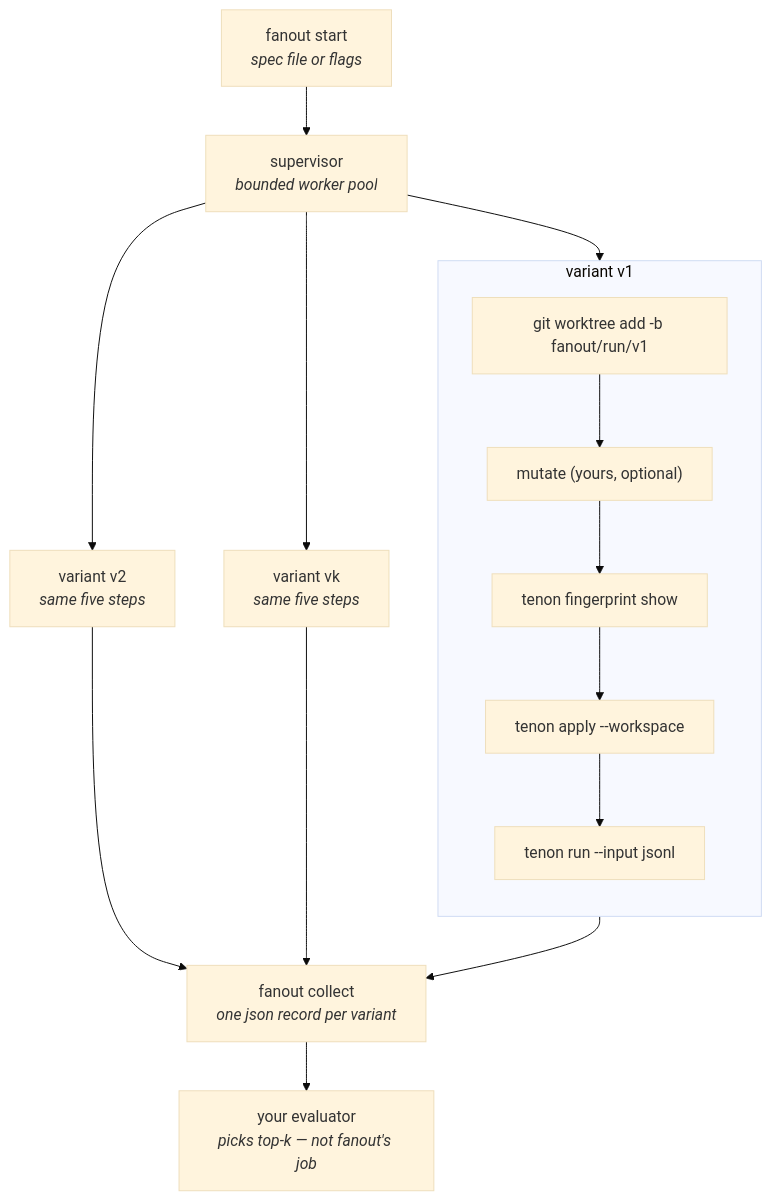
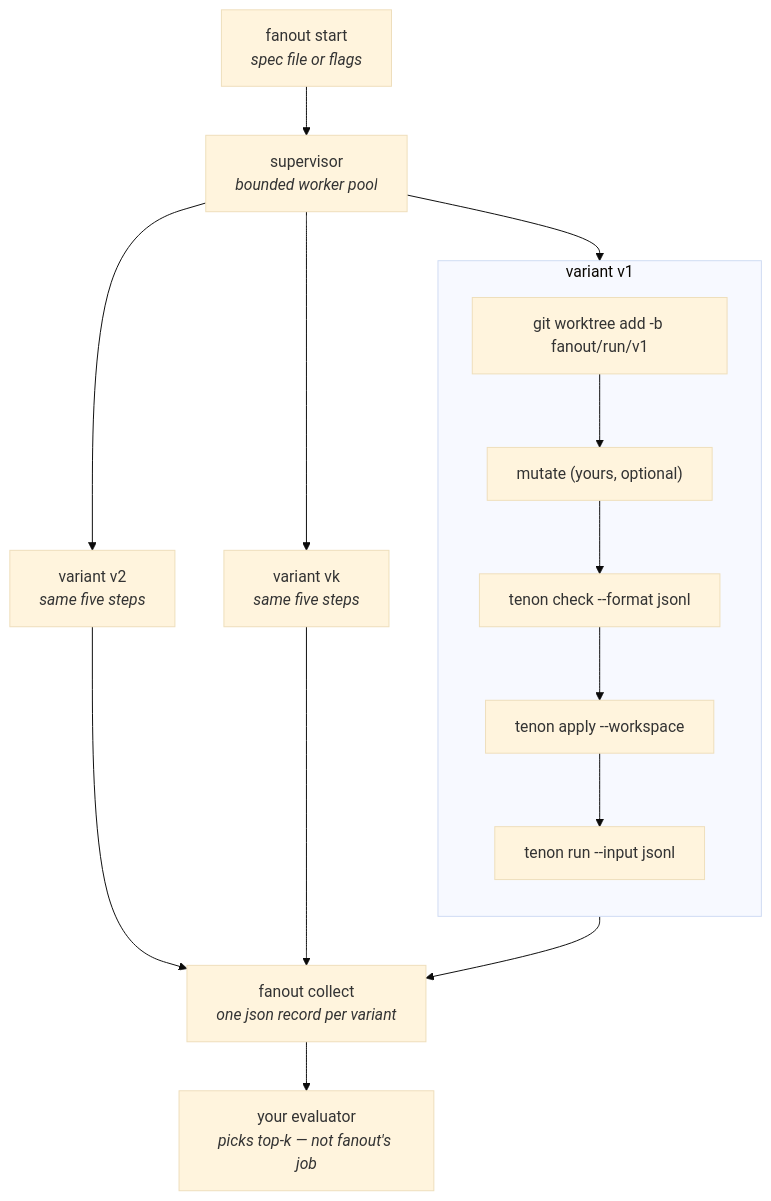
Before and after one commit to alee792/tenon: the diagram in improve/README.md, drawn with Mermaid (base theme). The commit also changed other lines of this file and 13 other files, not shown here.

````diff
--- a/improve/README.md
+++ b/improve/README.md
@@ -27,23 +27,23 @@
 ```mermaid
 flowchart TD
     S["fanout start<br/><i>spec file or flags</i>"] --> SUP["supervisor<br/><i>bounded worker pool</i>"]
     SUP --> V1
     SUP --> V2
     SUP --> VK
 
     subgraph V1["variant v1"]
         direction TB
         A1["git worktree add -b fanout/run/v1"] --> B1["mutate (yours, optional)"]
-        B1 --> C1["tenon fingerprint show"]
+        B1 --> C1["tenon check --format jsonl"]
         C1 --> D1["tenon apply --workspace"]
         D1 --> E1["tenon run --input jsonl"]
     end
 
     V2["variant v2<br/><i>same five steps</i>"]
     VK["variant vk<br/><i>same five steps</i>"]
 
     V1 --> C["fanout collect<br/><i>one json record per variant</i>"]
     V2 --> C
     VK --> C
     C --> SEL["your evaluator<br/><i>picks top-k — not fanout's job</i>"]
 ```
````
